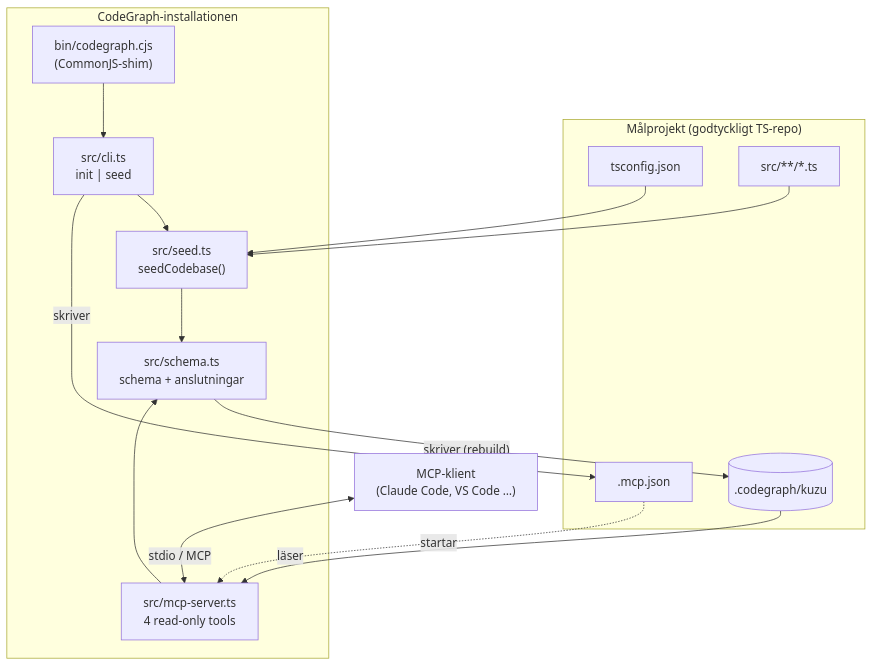
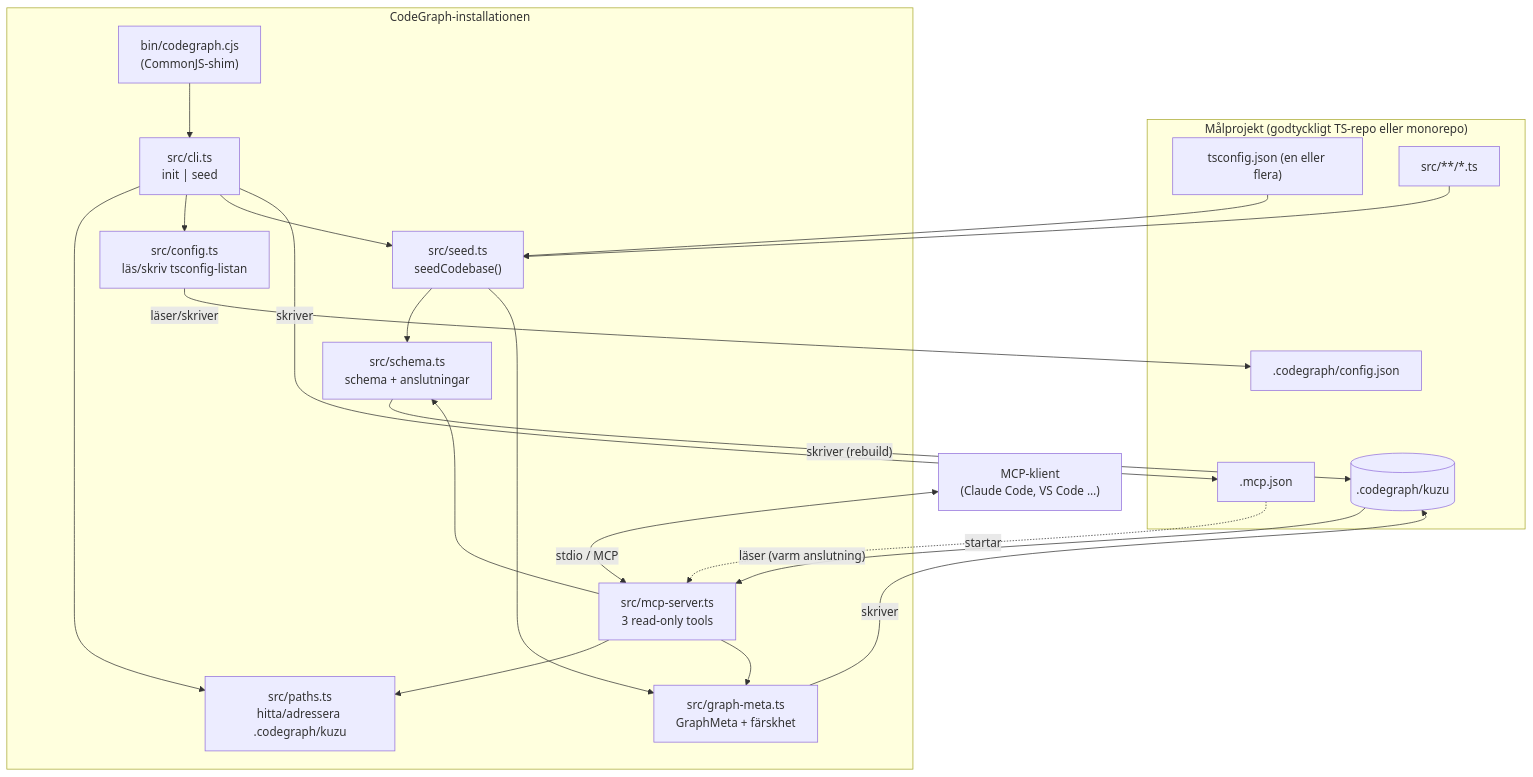
One commit to tullanders/CodeGraph changed the first of 4 diagrams in docs/architecture.md. Above: the diagram before and after it, drawn with Mermaid. The commit also changed other lines of this file, not shown here.

Commit message:
docs: update architecture document for the reader-router work

````diff
--- a/docs/architecture.md
+++ b/docs/architecture.md
@@ -15,31 +15,42 @@
 ```mermaid
 flowchart TB
-    subgraph target["Målprojekt (godtyckligt TS-repo)"]
-        tsconfig["tsconfig.json"]
+    subgraph target["Målprojekt (godtyckligt TS-repo eller monorepo)"]
+        tsconfig["tsconfig.json (en eller flera)"]
         srcfiles["src/**/*.ts"]
         mcpjson[".mcp.json"]
+        config[".codegraph/config.json"]
         db[(".codegraph/kuzu")]
     end
 
     subgraph codegraph["CodeGraph-installationen"]
         bin["bin/codegraph.cjs<br/>(CommonJS-shim)"]
         cli["src/cli.ts<br/>init | seed"]
+        paths["src/paths.ts<br/>hitta/adressera .codegraph/kuzu"]
+        cfg["src/config.ts<br/>läs/skriv tsconfig-listan"]
         seed["src/seed.ts<br/>seedCodebase()"]
         schema["src/schema.ts<br/>schema + anslutningar"]
-        mcp["src/mcp-server.ts<br/>4 read-only tools"]
+        meta["src/graph-meta.ts<br/>GraphMeta + färskhet"]
+        mcp["src/mcp-server.ts<br/>3 read-only tools"]
     end
 
     agent["MCP-klient<br/>(Claude Code, VS Code …)"]
 
     bin --> cli
+    cli --> paths
+    cli --> cfg
     cli --> seed
+    cfg -- "läser/skriver" --> config
     tsconfig --> seed
     srcfiles --> seed
     seed --> schema
+    seed --> meta
     schema -- "skriver (rebuild)" --> db
+    meta -- "skriver" --> db
     cli -- "skriver" --> mcpjson
     mcpjson -. "startar" .-> mcp
+    mcp --> paths
     mcp --> schema
-    db -- "läser" --> mcp
+    mcp --> meta
+    db -- "läser (varm anslutning)" --> mcp
     agent <-- "stdio / MCP" --> mcp
 ```
````
